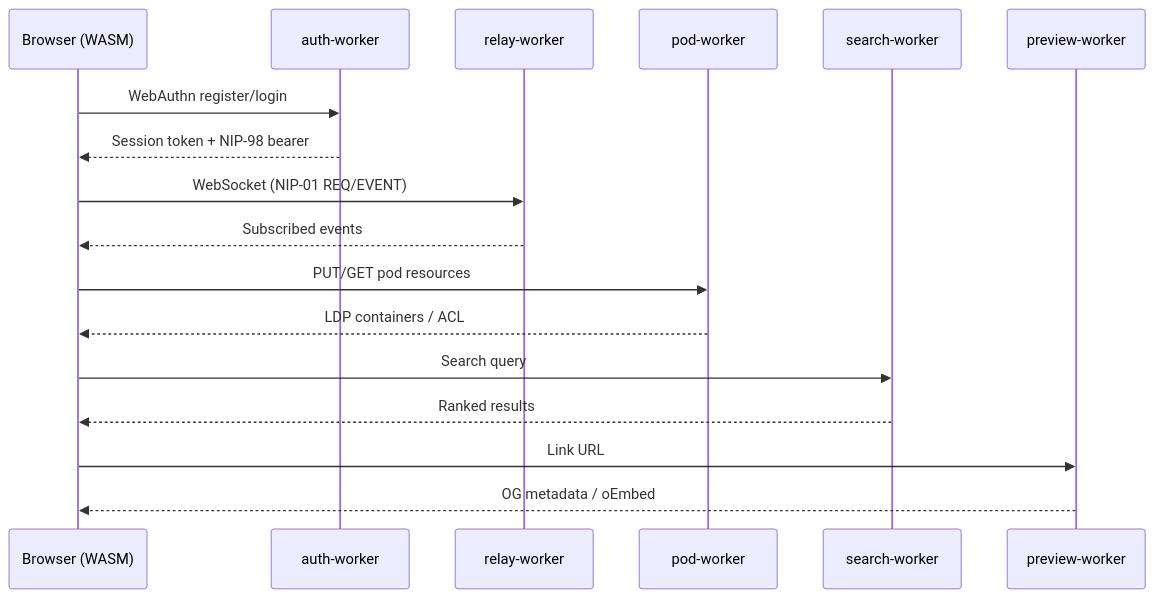
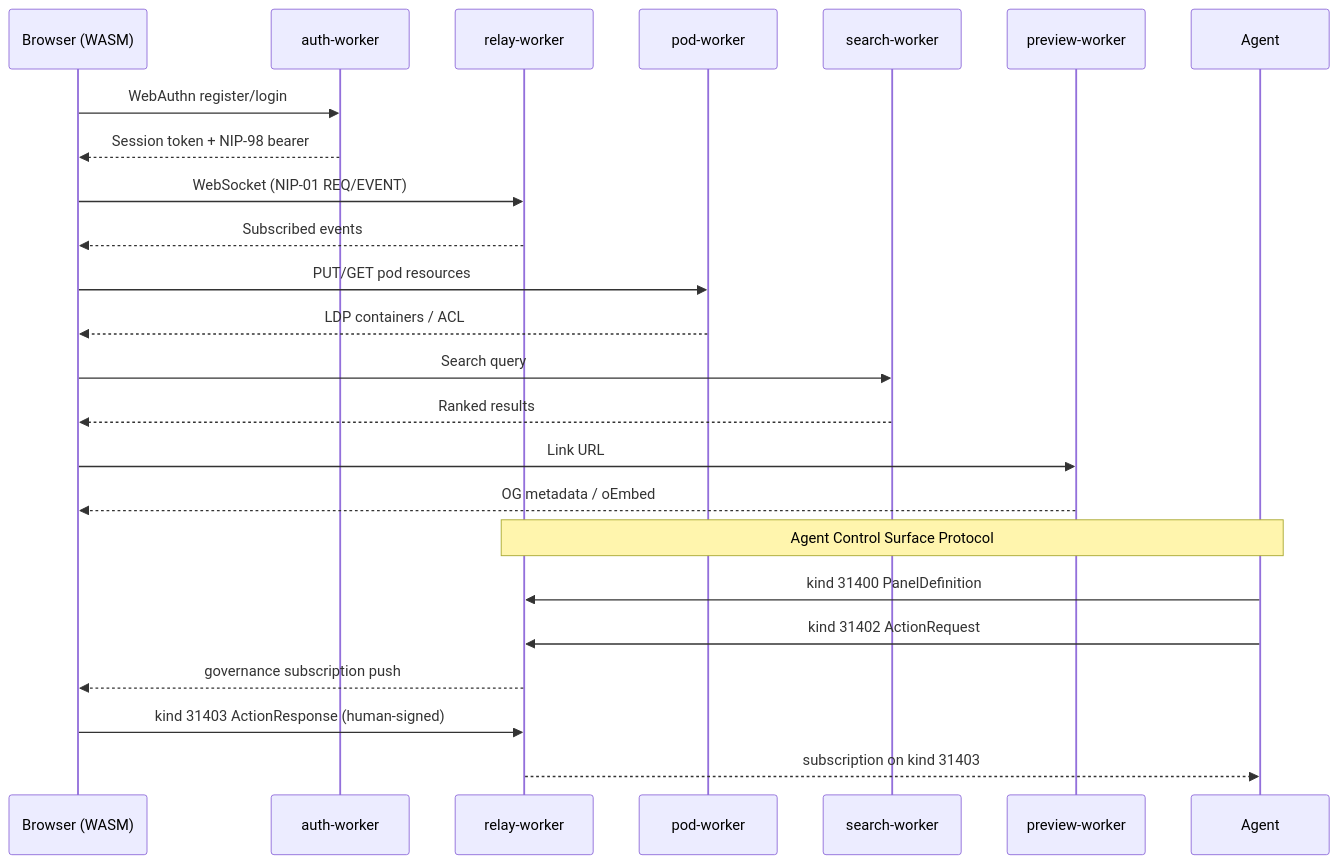
Before and after one commit to DreamLab-AI/nostr-rust-forum: the first of 5 diagrams in docs/architecture.md, drawn with Mermaid. The commit also changed other lines of this file and 25 other files, not shown here.

First line of the commit message:
feat: Agent Control Surface Protocol — governance kinds 31400-31405, broker pattern, reactive UI

````diff
--- a/docs/architecture.md
+++ b/docs/architecture.md
@@ -8,20 +8,28 @@
 ```mermaid
 sequenceDiagram
     participant B as Browser (WASM)
     participant A as auth-worker
     participant R as relay-worker
     participant P as pod-worker
     participant S as search-worker
     participant PV as preview-worker
+    participant AG as Agent
 
     B->>A: WebAuthn register/login
     A-->>B: Session token + NIP-98 bearer
     B->>R: WebSocket (NIP-01 REQ/EVENT)
     R-->>B: Subscribed events
     B->>P: PUT/GET pod resources
     P-->>B: LDP containers / ACL
     B->>S: Search query
     S-->>B: Ranked results
     B->>PV: Link URL
     PV-->>B: OG metadata / oEmbed
+
+    Note over AG,R: Agent Control Surface Protocol
+    AG->>R: kind 31400 PanelDefinition
+    AG->>R: kind 31402 ActionRequest
+    R-->>B: governance subscription push
+    B->>R: kind 31403 ActionResponse (human-signed)
+    R-->>AG: subscription on kind 31403
 ```
````
